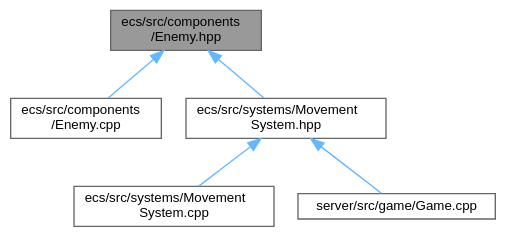
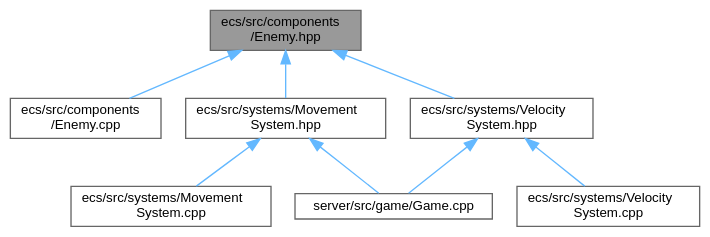
The diagram in Enemy_8hpp__dep__incl.dot (Houpsi/R-Type), drawn with Graphviz before and after one commit. The commit also changed 283 other files, not shown here.

```diff
--- a/Enemy_8hpp__dep__incl.dot
+++ b/Enemy_8hpp__dep__incl.dot
@@ -1,16 +1,21 @@
 digraph "ecs/src/components/Enemy.hpp"
 {
  // LATEX_PDF_SIZE
   bgcolor="transparent";
   edge [fontname=Helvetica,fontsize=10,labelfontname=Helvetica,labelfontsize=10];
   node [fontname=Helvetica,fontsize=10,shape=box,height=0.2,width=0.4];
   Node1 [id="Node000001",label="ecs/src/components\l/Enemy.hpp",height=0.2,width=0.4,color="gray40", fillcolor="grey60", style="filled", fontcolor="black",tooltip=" "];
   Node1 -> Node2 [id="edge1_Node000001_Node000002",dir="back",color="steelblue1",style="solid",tooltip=" "];
   Node2 [id="Node000002",label="ecs/src/components\l/Enemy.cpp",height=0.2,width=0.4,color="grey40", fillcolor="white", style="filled",URL="$Enemy_8cpp.html",tooltip=" "];
   Node1 -> Node3 [id="edge2_Node000001_Node000003",dir="back",color="steelblue1",style="solid",tooltip=" "];
   Node3 [id="Node000003",label="ecs/src/systems/Movement\lSystem.hpp",height=0.2,width=0.4,color="grey40", fillcolor="white", style="filled",URL="$MovementSystem_8hpp.html",tooltip=" "];
   Node3 -> Node4 [id="edge3_Node000003_Node000004",dir="back",color="steelblue1",style="solid",tooltip=" "];
   Node4 [id="Node000004",label="ecs/src/systems/Movement\lSystem.cpp",height=0.2,width=0.4,color="grey40", fillcolor="white", style="filled",URL="$MovementSystem_8cpp.html",tooltip=" "];
   Node3 -> Node5 [id="edge4_Node000003_Node000005",dir="back",color="steelblue1",style="solid",tooltip=" "];
   Node5 [id="Node000005",label="server/src/game/Game.cpp",height=0.2,width=0.4,color="grey40", fillcolor="white", style="filled",URL="$Game_8cpp.html",tooltip=" "];
+  Node1 -> Node6 [id="edge5_Node000001_Node000006",dir="back",color="steelblue1",style="solid",tooltip=" "];
+  Node6 [id="Node000006",label="ecs/src/systems/Velocity\lSystem.hpp",height=0.2,width=0.4,color="grey40", fillcolor="white", style="filled",URL="$VelocitySystem_8hpp.html",tooltip=" "];
+  Node6 -> Node7 [id="edge6_Node000006_Node000007",dir="back",color="steelblue1",style="solid",tooltip=" "];
+  Node7 [id="Node000007",label="ecs/src/systems/Velocity\lSystem.cpp",height=0.2,width=0.4,color="grey40", fillcolor="white", style="filled",URL="$VelocitySystem_8cpp.html",tooltip=" "];
+  Node6 -> Node5 [id="edge7_Node000006_Node000005",dir="back",color="steelblue1",style="solid",tooltip=" "];
 }
```
